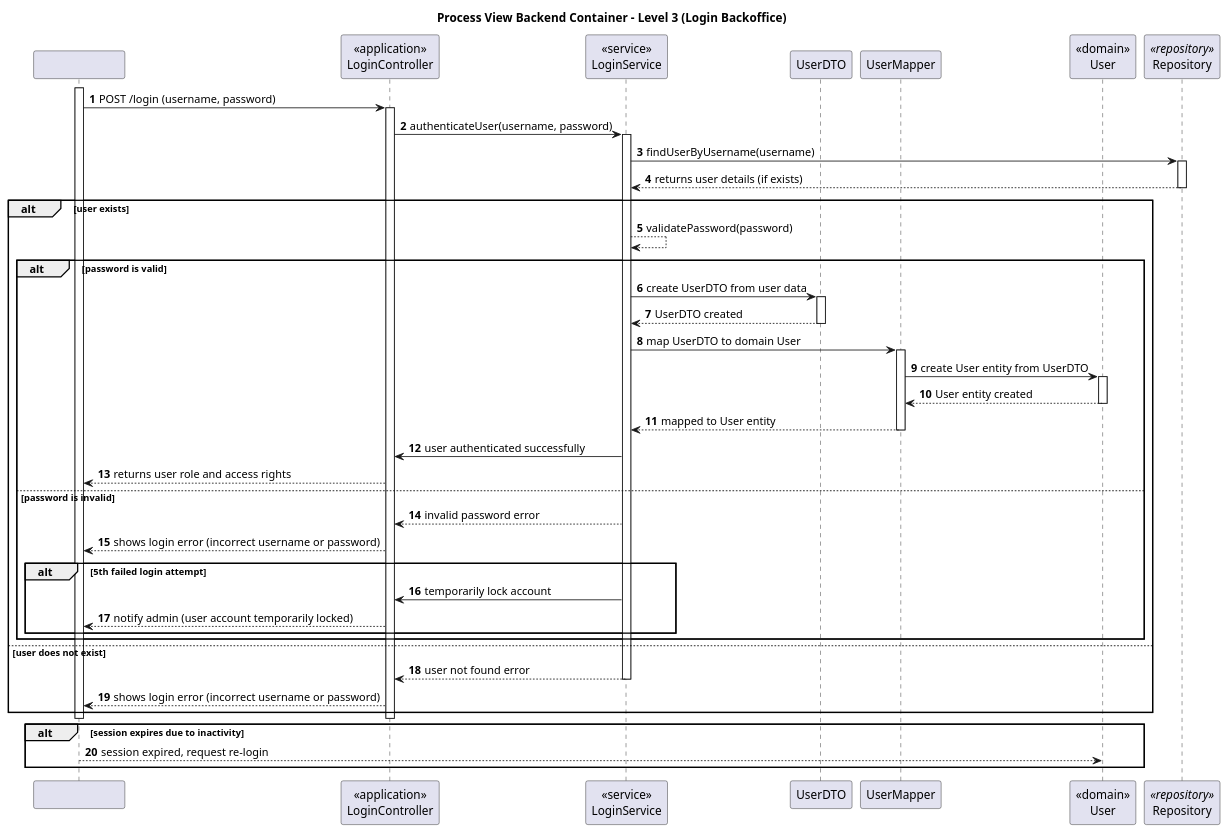
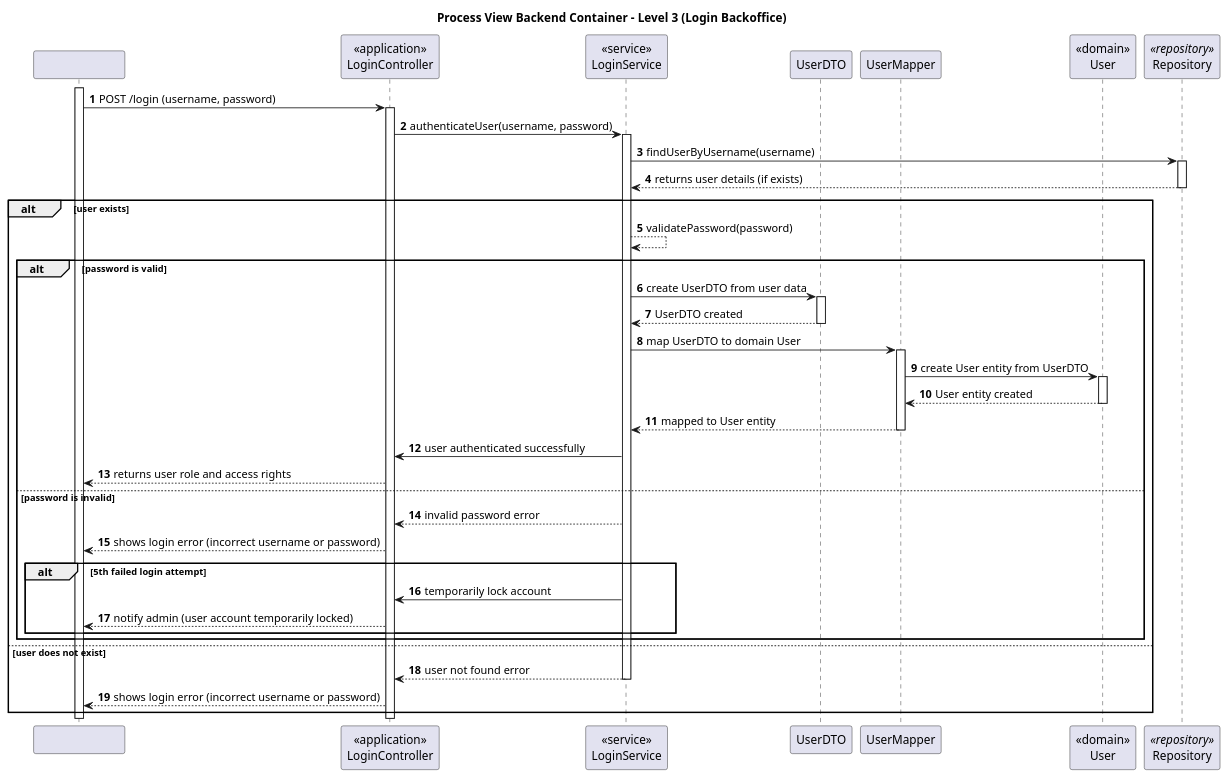
Before and after one commit to Saquinho74/LAPR5: the diagram in Docs/SprintA/US6/level3/process_view.puml, drawn with PlantUML. The commit also changed 5 other files, not shown here.

```diff
--- a/Docs/SprintA/US6/level3/process_view.puml
+++ b/Docs/SprintA/US6/level3/process_view.puml
@@ -1,76 +1,71 @@
 @startuml
 autonumber
 participant "                          " as sys
 participant "<<application>>\nLoginController" as ctrl
 participant "<<service>>\nLoginService" as serv
 participant "UserDTO" as dto
 participant "UserMapper" as map
 participant "<<domain>>\nUser" as user
 participant "Repository" as repo <<repository>>
 
 title Process View Backend Container - Level 3 (Login Backoffice)
 
 activate sys
 
 sys -> ctrl : POST /login (username, password)
 
 activate ctrl
 
 ctrl -> serv : authenticateUser(username, password)
 activate serv
 
 serv -> repo : findUserByUsername(username)
 activate repo
 
 repo --> serv : returns user details (if exists)
 
 deactivate repo
 
 
 alt user exists
     serv --> serv : validatePassword(password)
     alt password is valid
         serv -> dto : create UserDTO from user data
         activate dto
         dto --> serv : UserDTO created
         deactivate dto
 
         serv -> map : map UserDTO to domain User
         activate map
         map -> user : create User entity from UserDTO
         activate user
         user --> map : User entity created
         deactivate user
         map --> serv : mapped to User entity
         deactivate map
 
         serv -> ctrl : user authenticated successfully
 
         ctrl --> sys : returns user role and access rights
     else password is invalid
         serv --> ctrl : invalid password error
 
         ctrl --> sys : shows login error (incorrect username or password)
 
         alt 5th failed login attempt
             serv -> ctrl : temporarily lock account
             ctrl --> sys : notify admin (user account temporarily locked)
         end
     end
 else user does not exist
     serv --> ctrl : user not found error
     deactivate serv
 
     ctrl --> sys : shows login error (incorrect username or password)
 end
 
 deactivate ctrl
 deactivate sys
 
-alt session expires due to inactivity
-
-
-    sys --> user: session expired, request re-login
-end
 
 @enduml
```
